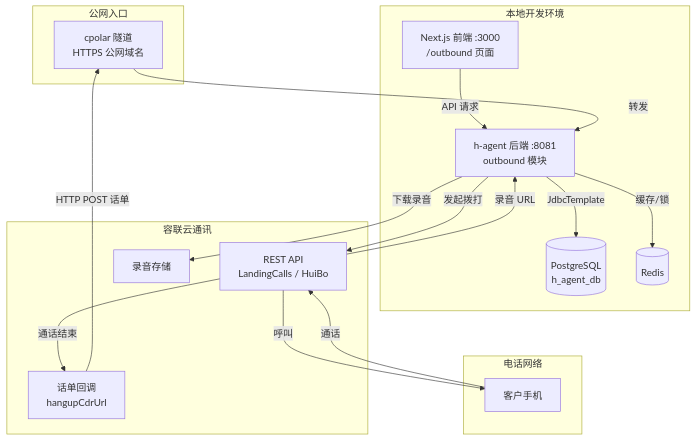
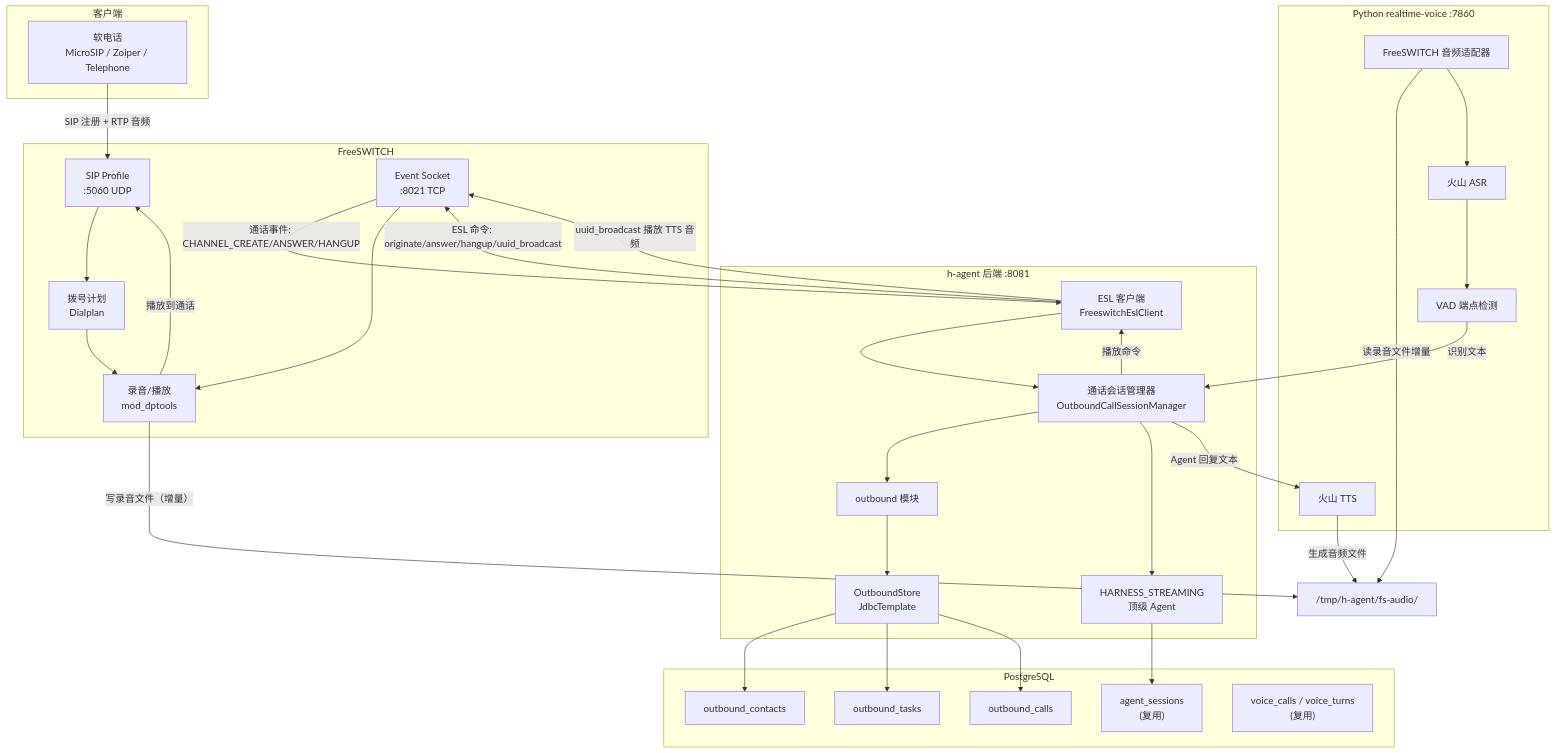
The first of 2 diagrams in docs/specs/2026-09-20-outbound-system-implementation-spec.md (lianglianggege1/h-agent), drawn with Mermaid before and after one commit. The commit also changed other lines of this file, not shown here.

````diff
--- a/docs/specs/2026-09-20-outbound-system-implementation-spec.md
+++ b/docs/specs/2026-09-20-outbound-system-implementation-spec.md
@@ -52,35 +61,64 @@
 ```mermaid
 flowchart TB
-    subgraph NET["公网入口"]
-        CP["cpolar 隧道<br/>HTTPS 公网域名"]
+    subgraph PHONE["客户端"]
+        SP["软电话<br/>MicroSIP / Zoiper / Telephone"]
     end
 
-    subgraph LOCAL["本地开发环境"]
-        BE["h-agent 后端 :8081<br/>outbound 模块"]
-        FE["Next.js 前端 :3000<br/>/outbound 页面"]
-        DB[("PostgreSQL<br/>h_agent_db")]
-        REDIS[("Redis")]
+    subgraph FS["FreeSWITCH"]
+        SIP["SIP Profile<br/>:5060 UDP"]
+        DP["拨号计划<br/>Dialplan"]
+        ESL["Event Socket<br/>:8021 TCP"]
+        REC["录音/播放<br/>mod_dptools"]
     end
 
-    subgraph YTX["容联云通讯"]
-        API["REST API<br/>LandingCalls / HuiBo"]
-        CB["话单回调<br/>hangupCdrUrl"]
-        REC["录音存储"]
+    subgraph JAVA["h-agent 后端 :8081"]
+        OUT["outbound 模块"]
+        ESL_C["ESL 客户端<br/>FreeswitchEslClient"]
+        CALL_MGR["通话会话管理器<br/>OutboundCallSessionManager"]
+        AGENT["HARNESS_STREAMING<br/>顶级 Agent"]
+        STORE["OutboundStore<br/>JdbcTemplate"]
     end
 
-    subgraph PSTN["电话网络"]
-        PHONE["客户手机"]
+    subgraph PY["Python realtime-voice :7860"]
+        FS_ADAPTER["FreeSWITCH 音频适配器"]
+        ASR["火山 ASR"]
+        VAD["VAD 端点检测"]
+        TTS["火山 TTS"]
     end
 
-    FE -->|API 请求| BE
-    BE -->|JdbcTemplate| DB
-    BE -->|缓存/锁| REDIS
-    BE -->|发起拨打| API
-    API -->|呼叫| PHONE
-    PHONE -->|通话| API
-    API -->|通话结束| CB
-    CB -->|HTTP POST 话单| CP
-    CP -->|转发| BE
-    API -->|录音 URL| BE
-    BE -->|下载录音| REC
+    subgraph DB["PostgreSQL"]
+        T1["outbound_contacts"]
+        T2["outbound_tasks"]
+        T3["outbound_calls"]
+        T4["agent_sessions<br/>(复用)"]
+        T5["voice_calls / voice_turns<br/>(复用)"]
+    end
+
+    SP -->|SIP 注册 + RTP 音频| SIP
+    SIP --> DP
+    DP --> REC
+
+    ESL_C -->|ESL 命令: originate/answer/hangup/uuid_broadcast| ESL
+    ESL -->|通话事件: CHANNEL_CREATE/ANSWER/HANGUP| ESL_C
+
+    ESL_C --> CALL_MGR
+    CALL_MGR --> OUT
+    OUT --> STORE
+    STORE --> T1
+    STORE --> T2
+    STORE --> T3
+    CALL_MGR --> AGENT
+    AGENT --> T4
+
+    REC -->|写录音文件（增量）| FS_AUDIO["/tmp/h-agent/fs-audio/"]
+    FS_ADAPTER -->|读录音文件增量| FS_AUDIO
+    FS_ADAPTER --> ASR
+    ASR --> VAD
+    VAD -->|识别文本| CALL_MGR
+    CALL_MGR -->|Agent 回复文本| TTS
+    TTS -->|生成音频文件| FS_AUDIO
+    CALL_MGR -->|播放命令| ESL_C
+    ESL_C -->|uuid_broadcast 播放 TTS 音频| ESL
+    ESL --> REC
+    REC -->|播放到通话| SIP
 ```
````
